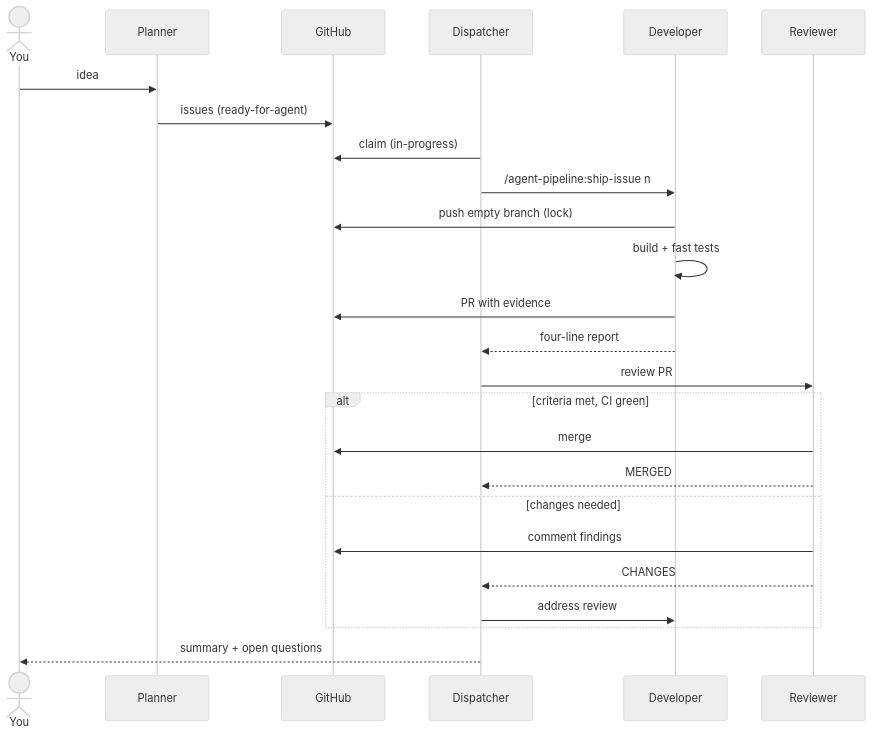
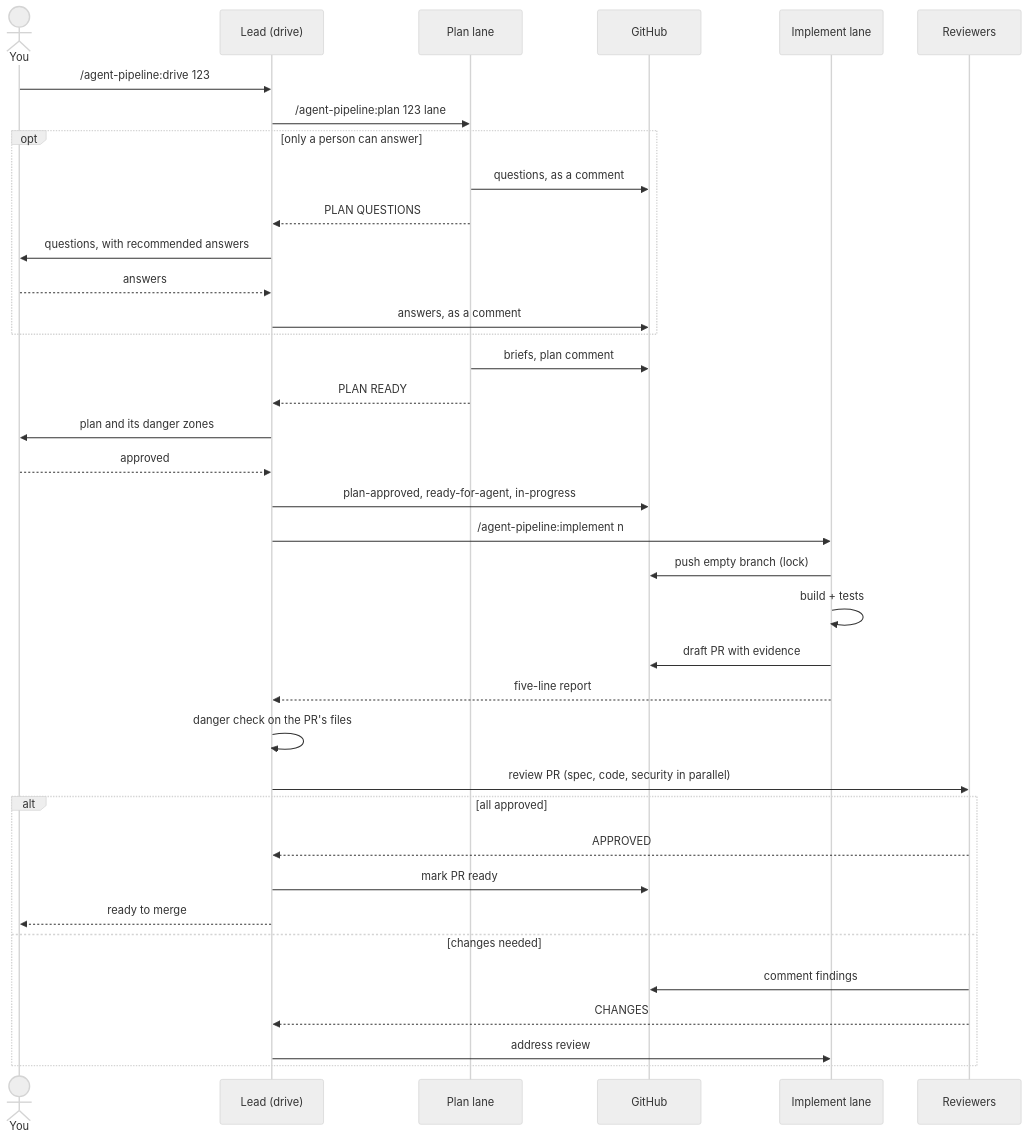
Before and after one commit to RyanFilho/agent-pipeline: the second of 2 diagrams in README.md, drawn with Mermaid (neutral theme). The commit also changed other lines of this file and 16 other files, not shown here.

First line of the commit message:
feat: /agent-pipeline:drive runs plan, implement and review lanes

````diff
--- a/README.md
+++ b/README.md
@@ -110,28 +140,40 @@
 ```mermaid
 sequenceDiagram
     actor You
-    participant P as Planner
+    participant L as Lead (drive)
+    participant P as Plan lane
     participant GH as GitHub
-    participant D as Dispatcher
-    participant Dev as Developer
-    participant R as Reviewer
+    participant Dev as Implement lane
+    participant R as Reviewers
 
-    You->>P: idea
-    P->>GH: issues (ready-for-agent)
-    D->>GH: claim (in-progress)
-    D->>Dev: /agent-pipeline:ship-issue n
+    You->>L: /agent-pipeline:drive 123
+    L->>P: /agent-pipeline:plan 123 lane
+    opt only a person can answer
+        P->>GH: questions, as a comment
+        P-->>L: PLAN QUESTIONS
+        L->>You: questions, with recommended answers
+        You-->>L: answers
+        L->>GH: answers, as a comment
+    end
+    P->>GH: briefs, plan comment
+    P-->>L: PLAN READY
+    L->>You: plan and its danger zones
+    You-->>L: approved
+    L->>GH: plan-approved, ready-for-agent, in-progress
+    L->>Dev: /agent-pipeline:implement n
     Dev->>GH: push empty branch (lock)
-    Dev->>Dev: build + fast tests
-    Dev->>GH: PR with evidence
-    Dev-->>D: four-line report
-    D->>R: review PR
-    alt criteria met, CI green
-        R->>GH: merge
-        R-->>D: MERGED
+    Dev->>Dev: build + tests
+    Dev->>GH: draft PR with evidence
+    Dev-->>L: five-line report
+    L->>L: danger check on the PR's files
+    L->>R: review PR (spec, code, security in parallel)
+    alt all approved
+        R-->>L: APPROVED
+        L->>GH: mark PR ready
+        L-->>You: ready to merge
     else changes needed
         R->>GH: comment findings
-        R-->>D: CHANGES
-        D->>Dev: address review
+        R-->>L: CHANGES
+        L->>Dev: address review
     end
-    D-->>You: summary + open questions
 ```
````
